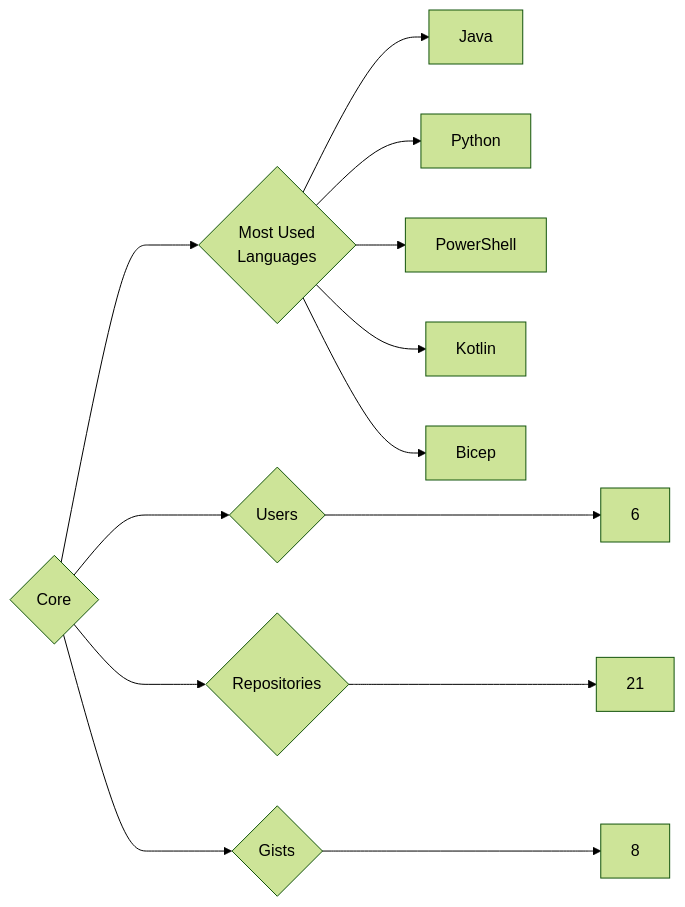
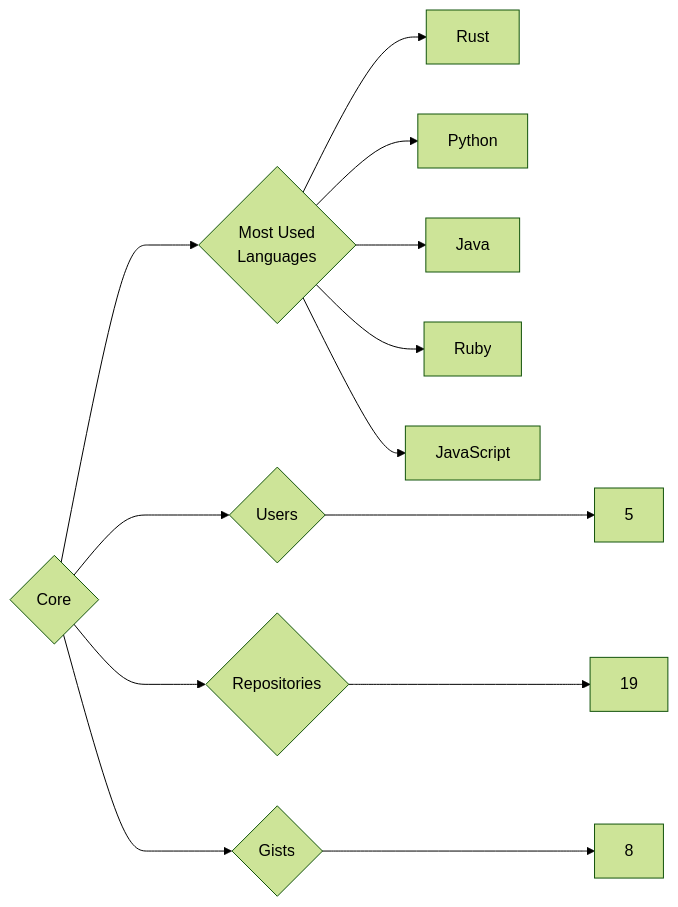
One commit to trickest/insiders changed the diagram in targets/Core/README.md. Above: the diagram before and after it, drawn with Mermaid (forest theme). The commit also changed 993 other files, not shown here.

````diff
--- a/targets/Core/README.md
+++ b/targets/Core/README.md
@@ -3,13 +3,13 @@
 ```mermaid
 graph LR
 COMPANY_NAME{Core}
-COMPANY_NAME ---> U{Users} ---> UN[6]
-COMPANY_NAME ---> R{Repositories} ---> RN[21]
+COMPANY_NAME ---> U{Users} ---> UN[5]
+COMPANY_NAME ---> R{Repositories} ---> RN[19]
 COMPANY_NAME ---> G{Gists} ---> GN[8]
 COMPANY_NAME ---> ML{Most Used<br>Languages}
+ML --> Rust[Rust]
+ML --> Python[Python]
 ML --> Java[Java]
-ML --> Python[Python]
-ML --> PowerShell[PowerShell]
-ML --> Kotlin[Kotlin]
-ML --> Bicep[Bicep]
+ML --> Ruby[Ruby]
+ML --> JavaScript[JavaScript]
 ```
````
